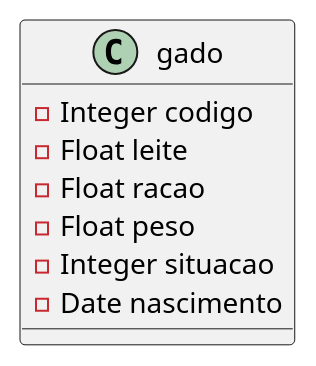
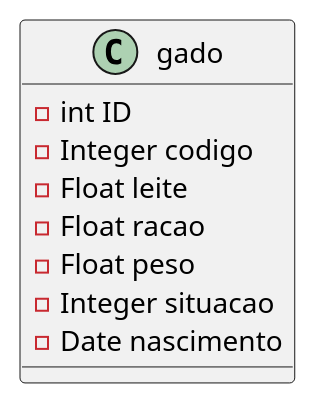
One commit to lucasfigueiredoc/dFranquias-FStack changed the diagram in gado.plantuml. Above: the diagram before and after it, drawn with PlantUML. The commit also changed 9 other files, not shown here.

```diff
--- a/gado.plantuml
+++ b/gado.plantuml
@@ -1,10 +1,11 @@
 @startuml
     class gado{
+        -int ID
        -Integer codigo
        -Float leite
        -Float racao
        -Float peso 
        -Integer situacao
        -Date nascimento
     }
 @enduml
```
